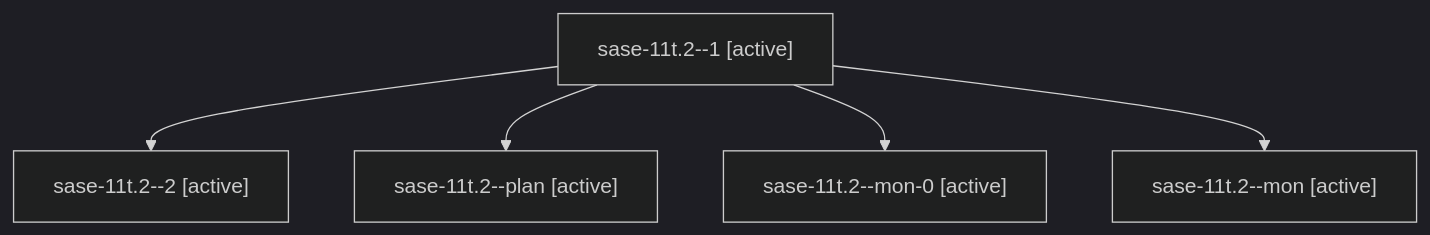
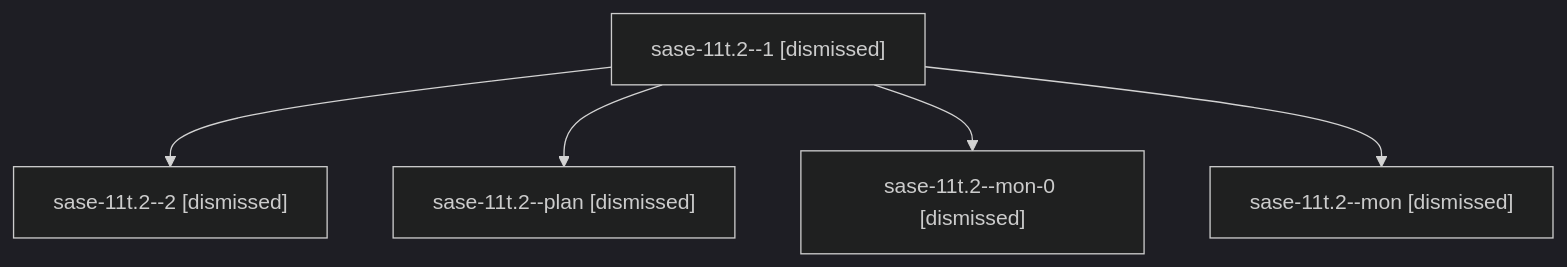
One commit to sase-org/sase--agents changed the diagram in sessions/bbugyi200.athena.sase-11t.2.md. Above: the diagram before and after it, drawn with Mermaid (dark theme). The commit also changed other lines of this file and 252 other files, not shown here.

````diff
--- a/sessions/bbugyi200.athena.sase-11t.2.md
+++ b/sessions/bbugyi200.athena.sase-11t.2.md
@@ -9,12 +9,12 @@
 ```mermaid
 flowchart TD
-  n0["sase-11t.2--1 [active]"]
-  n1["sase-11t.2--2 [active]"]
+  n0["sase-11t.2--1 [dismissed]"]
+  n1["sase-11t.2--2 [dismissed]"]
   n0 --> n1
-  n2["sase-11t.2--plan [active]"]
+  n2["sase-11t.2--plan [dismissed]"]
   n0 --> n2
-  n3["sase-11t.2--mon-0 [active]"]
+  n3["sase-11t.2--mon-0 [dismissed]"]
   n0 --> n3
-  n4["sase-11t.2--mon [active]"]
+  n4["sase-11t.2--mon [dismissed]"]
   n0 --> n4
 ```
````
